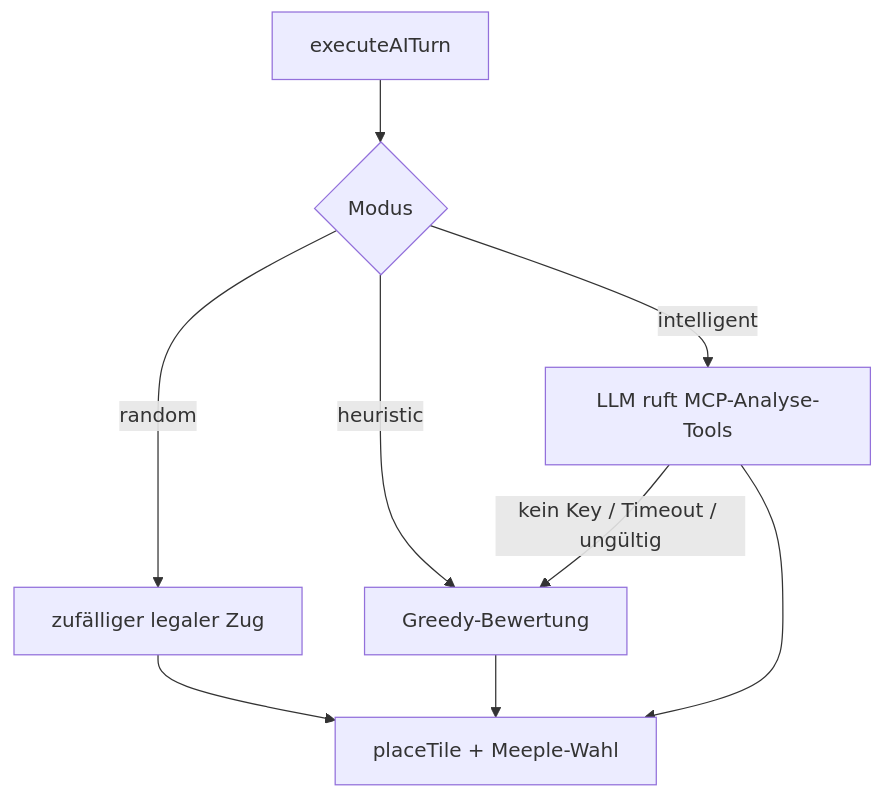
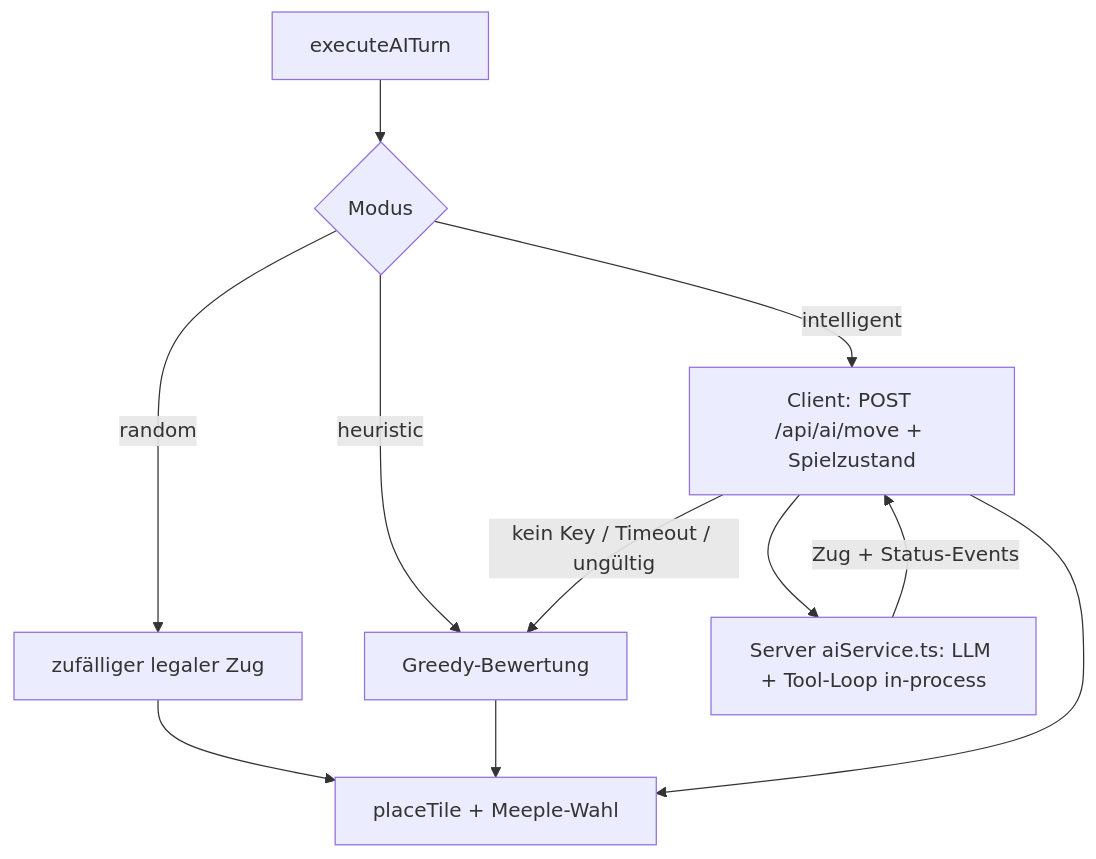
Before and after one commit to keanufuchs/Carcassonne: the diagram in docs/06_implementierung.md, drawn with Mermaid. The commit also changed other lines of this file and 15 other files, not shown here.

````diff
--- a/docs/06_implementierung.md
+++ b/docs/06_implementierung.md
@@ -116,11 +116,13 @@
 ```mermaid
 flowchart TD
   T[executeAITurn] --> M{Modus}
   M -->|random| R[zufälliger legaler Zug]
   M -->|heuristic| H[Greedy-Bewertung]
-  M -->|intelligent| I[LLM ruft MCP-Analyse-Tools]
-  I -->|kein Key / Timeout / ungültig| H
+  M -->|intelligent| C[Client: POST /api/ai/move + Spielzustand]
+  C --> S[Server aiService.ts: LLM + Tool-Loop in-process]
+  S -->|Zug + Status-Events| C
+  C -->|kein Key / Timeout / ungültig| H
   R --> P[placeTile + Meeple-Wahl]
   H --> P
-  I --> P
+  C --> P
 ```
````
